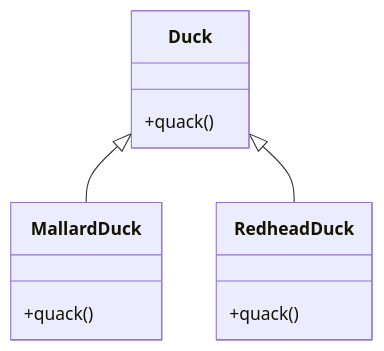
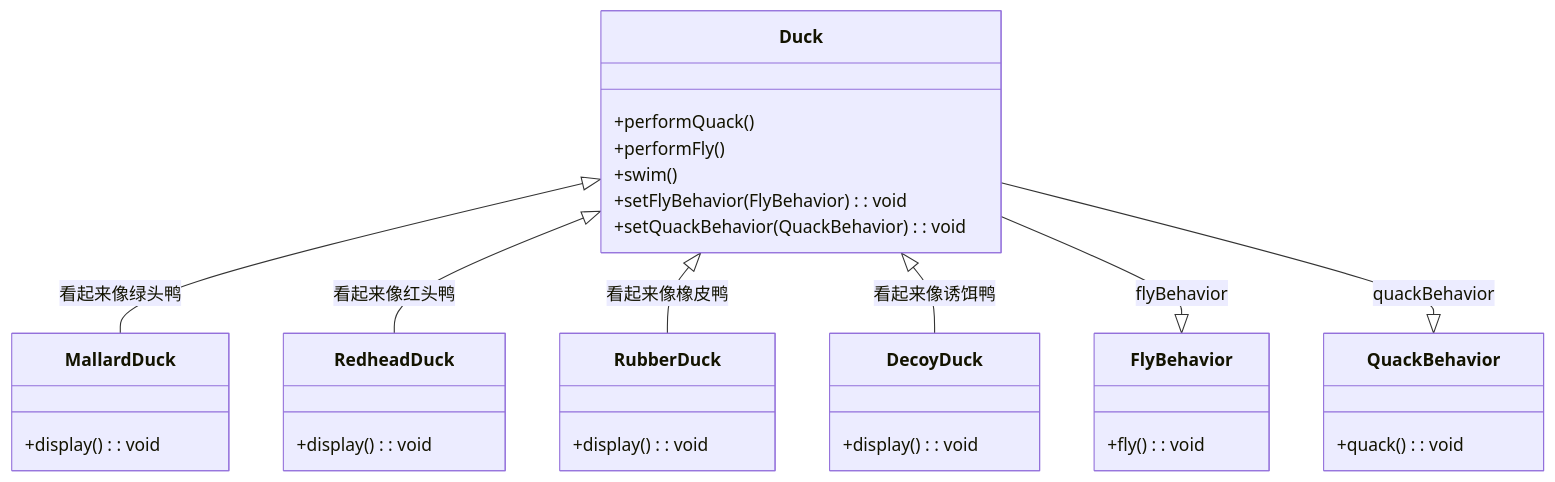
Before and after one commit to poppop9/obsidian: the diagram in 计算机/设计模式/2-3 行为型模式.md, drawn with Mermaid. The commit also changed 2 other files, not shown here.

Commit message:
vault backup: 2024-06-01 16:29:13

````diff
--- a/计算机/设计模式/2-3 行为型模式.md
+++ b/计算机/设计模式/2-3 行为型模式.md
@@ -20,16 +20,36 @@
 ```mermaid
 classDiagram
     class Duck {
-      +quack()
+        +performQuack()
+        +performFly()
+        +swim()
+        +setFlyBehavior(FlyBehavior) : void
+        +setQuackBehavior(QuackBehavior) : void
+    }
+    class MallardDuck {
+        +display() : void
+    }
+    class RedheadDuck {
+        +display() : void
+    }
+    class RubberDuck {
+        +display() : void
+    }
+    class DecoyDuck {
+        +display() : void
+    }
+    class FlyBehavior {
+        +fly() : void
+    }
+    class QuackBehavior {
+        +quack() : void
     }
     
-    class MallardDuck {
-      +quack()
-    }
+    Duck <|-- MallardDuck : 看起来像绿头鸭
+    Duck <|-- RedheadDuck : 看起来像红头鸭
+    Duck <|-- RubberDuck : 看起来像橡皮鸭
+    Duck <|-- DecoyDuck : 看起来像诱饵鸭
     
-    class RedheadDuck {
-      +quack()
-    }
-    Duck <|-- MallardDuck
-    Duck <|-- RedheadDuck
+    Duck --|> FlyBehavior : flyBehavior
+    Duck --|> QuackBehavior : quackBehavior
 ```
````
